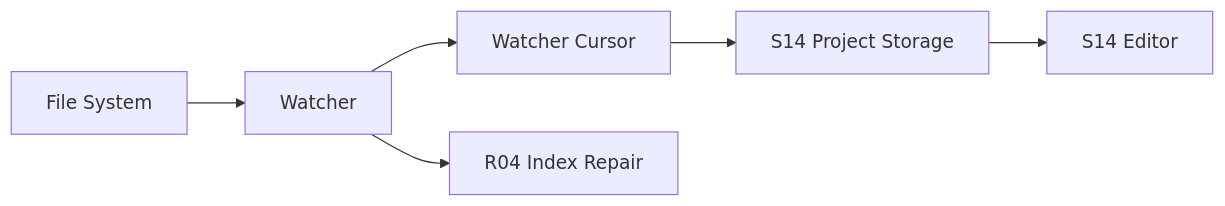
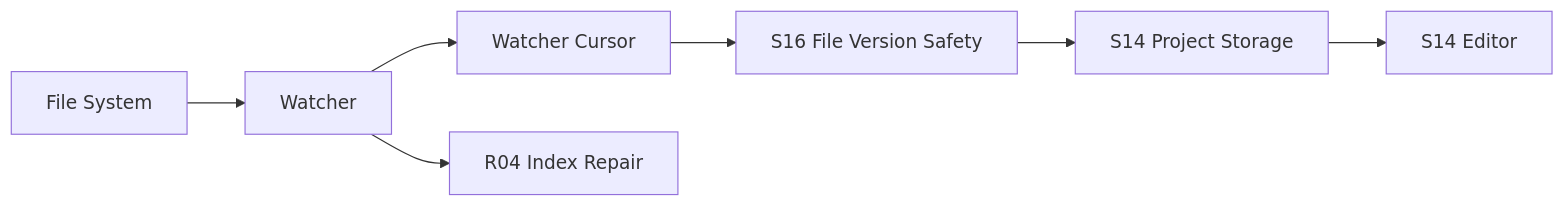
One commit to jinhuang712/open-novel changed the diagram in spec/platform/I03-filesystem-and-watcher.md. Above: the diagram before and after it, drawn with Mermaid. The commit also changed other lines of this file and 19 other files, not shown here.

Commit message:
docs: add file version edit safety system

````diff
--- a/spec/platform/I03-filesystem-and-watcher.md
+++ b/spec/platform/I03-filesystem-and-watcher.md
@@ -16,8 +16,9 @@
 ```mermaid
 flowchart LR
   FS[File System] --> Watcher[Watcher]
   Watcher --> Cursor[Watcher Cursor]
-  Cursor --> Storage[S14 Project Storage]
+  Cursor --> Safety[S16 File Version Safety]
+  Safety --> Storage[S14 Project Storage]
   Watcher --> Reindex[R04 Index Repair]
   Storage --> Editor[S14 Editor]
 ```
````
